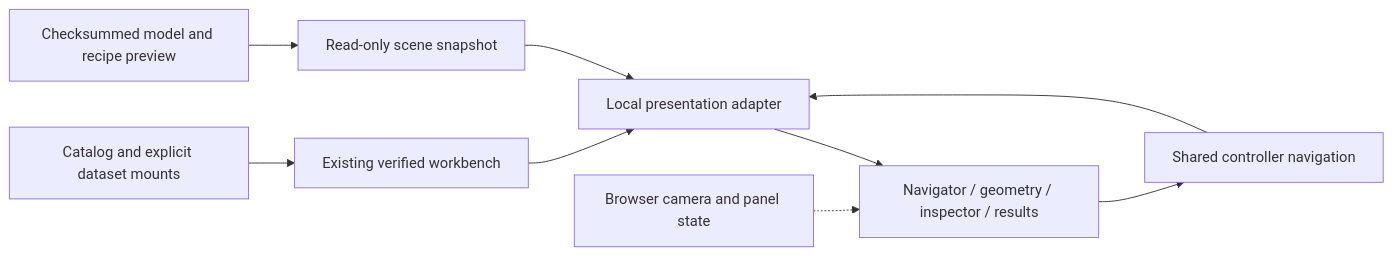
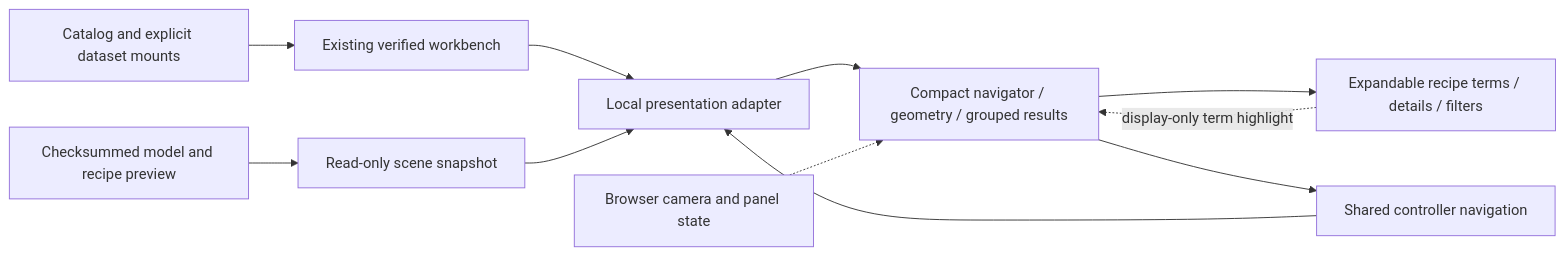
One commit to vecchioni-lab/NASolve changed the second of 7 diagrams in docs/metal-anomalous-doctor.md. Above: the diagram before and after it, drawn with Mermaid. The commit also changed other lines of this file and 14 other files, not shown here.

````diff
--- a/docs/metal-anomalous-doctor.md
+++ b/docs/metal-anomalous-doctor.md
@@ -176,11 +183,13 @@
 ```mermaid
 flowchart LR
     C[Catalog and explicit dataset mounts] --> W[Existing verified workbench]
     G[Checksummed model and recipe preview] --> S[Read-only scene snapshot]
     W --> V[Local presentation adapter]
     S --> V
-    V --> P[Navigator / geometry / inspector / results]
+    V --> P[Compact navigator / geometry / grouped results]
+    P --> D[Expandable recipe terms / details / filters]
+    D -. display-only term highlight .-> P
     P --> N[Shared controller navigation]
     N --> V
     L[Browser camera and panel state] -.-> P
 ```
````
